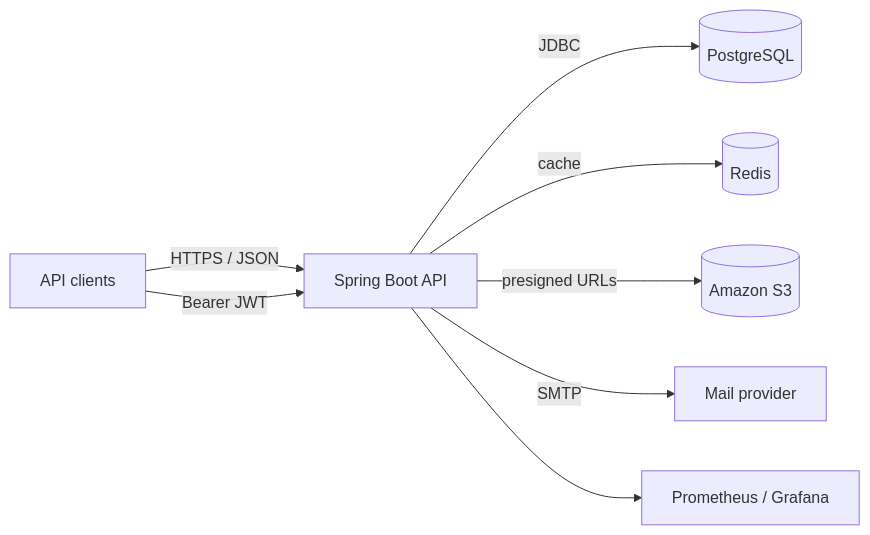
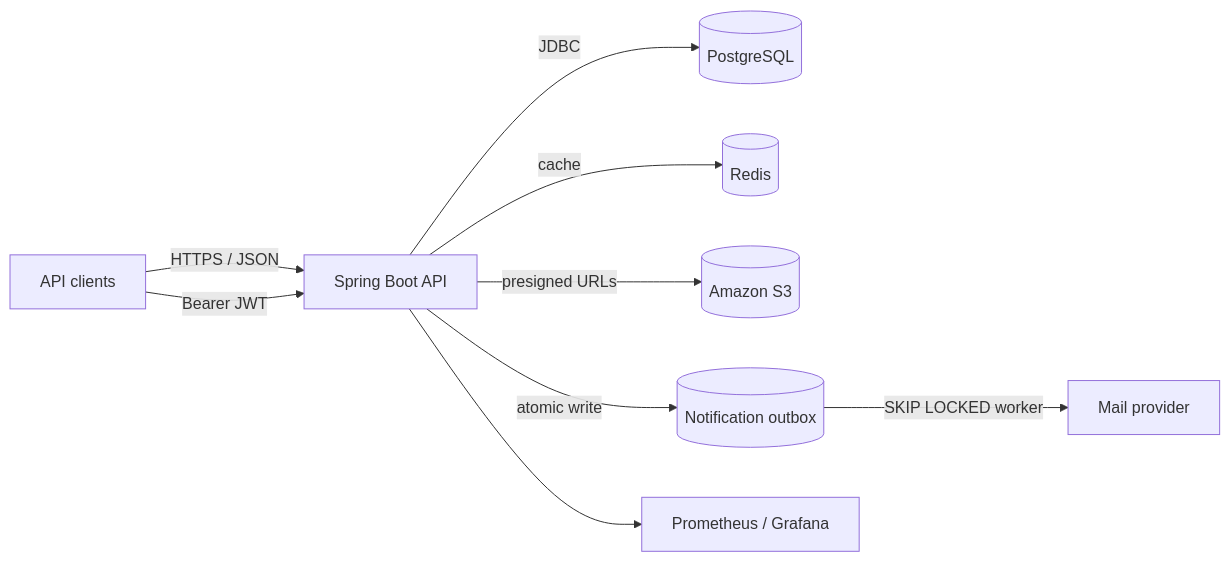
The first of 3 diagrams in docs/architecture.md (Goureesankarr/sprintforge), drawn with Mermaid before and after one commit. The commit also changed other lines of this file and 28 other files, not shown here.

````diff
--- a/docs/architecture.md
+++ b/docs/architecture.md
@@ -7,10 +7,11 @@
 ```mermaid
 flowchart LR
     C[API clients] -->|HTTPS / JSON| API[Spring Boot API]
     C -->|Bearer JWT| API
     API -->|JDBC| DB[(PostgreSQL)]
     API -->|cache| R[(Redis)]
     API -->|presigned URLs| S3[(Amazon S3)]
-    API -->|SMTP| M[Mail provider]
+    API -->|atomic write| O[(Notification outbox)]
+    O -->|SKIP LOCKED worker| M[Mail provider]
     API --> OBS[Prometheus / Grafana]
 ```
````
